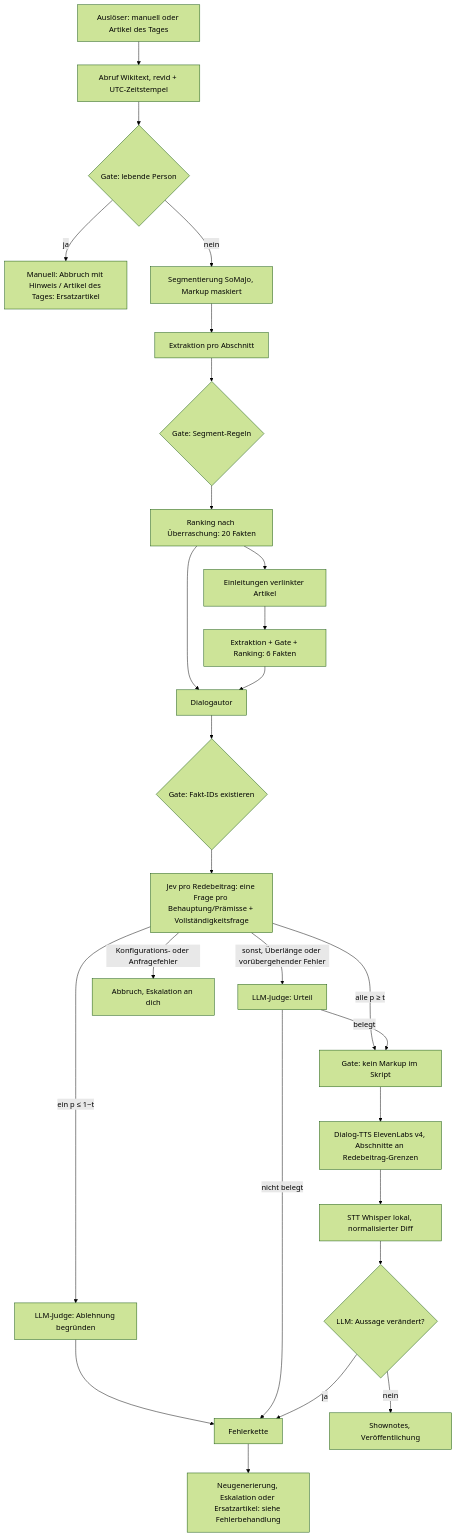
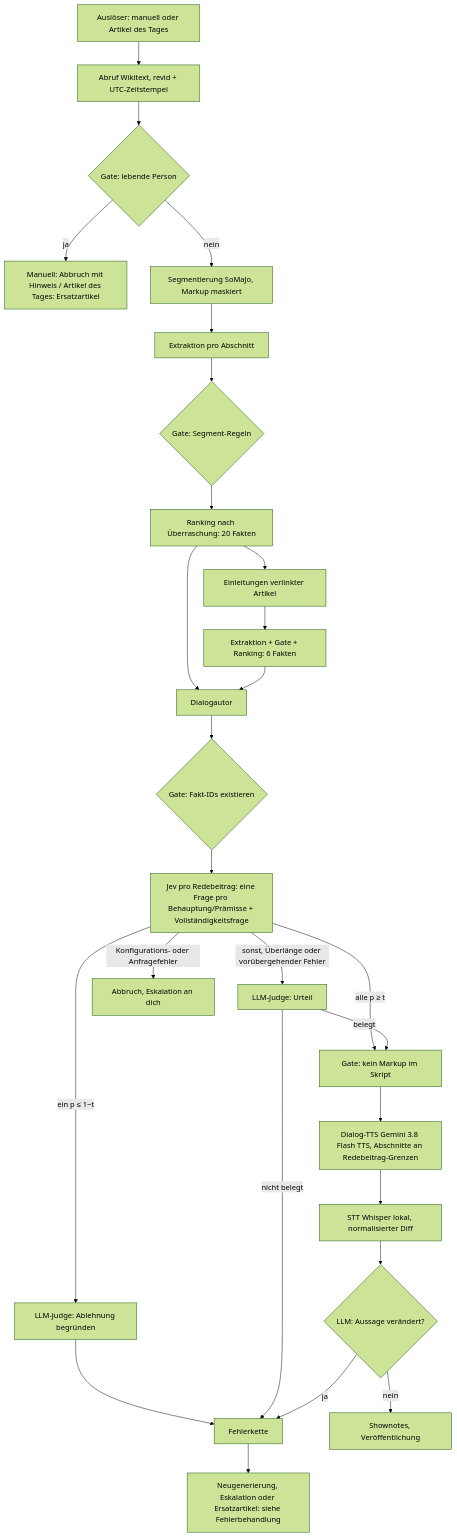
One commit to FOURTEEN-AI/gut-zu-wissen changed the diagram in docs/wikipedia-podcast-pipeline.md. Above: the diagram before and after it, drawn with Mermaid (forest theme). The commit also changed other lines of this file and 4 other files, not shown here.

First line of the commit message:
Replace ElevenLabs with Gemini 3.8 Flash TTS in design, plan, persona, config and README

````diff
--- a/docs/wikipedia-podcast-pipeline.md
+++ b/docs/wikipedia-podcast-pipeline.md
@@ -19,29 +19,29 @@
 ```mermaid
 flowchart TD
     T[Auslöser: manuell oder Artikel des Tages] --> A[Abruf Wikitext, revid + UTC-Zeitstempel]
     A --> GP{Gate: lebende Person}
     GP -- ja --> FP[Manuell: Abbruch mit Hinweis / Artikel des Tages: Ersatzartikel]
     GP -- nein --> S[Segmentierung SoMaJo, Markup maskiert]
     S --> X[Extraktion pro Abschnitt]
     X --> G1{Gate: Segment-Regeln}
     G1 --> R[Ranking nach Überraschung: 20 Fakten]
     R --> L[Einleitungen verlinkter Artikel]
     L --> X2[Extraktion + Gate + Ranking: 6 Fakten]
     R --> D[Dialogautor]
     X2 --> D
     D --> G2{Gate: Fakt-IDs existieren}
     G2 --> J[Jev pro Redebeitrag: eine Frage pro Behauptung/Prämisse + Vollständigkeitsfrage]
     J -- "alle p ≥ t" --> M[Gate: kein Markup im Skript]
     J -- "ein p ≤ 1−t" --> JB[LLM-Judge: Ablehnung begründen]
     JB --> F[Fehlerkette]
     J -- "sonst, Überlänge oder vorübergehender Fehler" --> J2[LLM-Judge: Urteil]
     J -- Konfigurations- oder Anfragefehler --> AB[Abbruch, Eskalation an dich]
     J2 -- nicht belegt --> F
     J2 -- belegt --> M
-    M --> TTS[Dialog-TTS ElevenLabs v4, Abschnitte an Redebeitrag-Grenzen]
+    M --> TTS[Dialog-TTS Gemini 3.8 Flash TTS, Abschnitte an Redebeitrag-Grenzen]
     TTS --> STT[STT Whisper lokal, normalisierter Diff]
     STT --> Q{LLM: Aussage verändert?}
     Q -- ja --> F
     Q -- nein --> P[Shownotes, Veröffentlichung]
     F --> FT[Neugenerierung, Eskalation oder Ersatzartikel: siehe Fehlerbehandlung]
 ```
````
